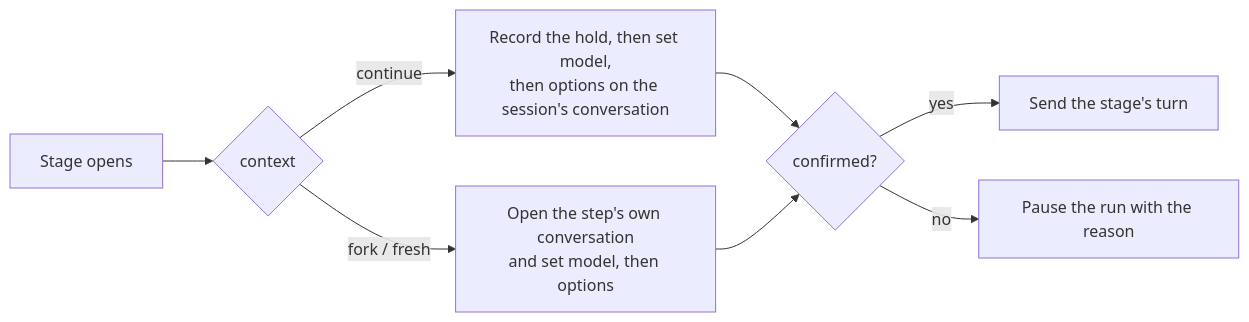
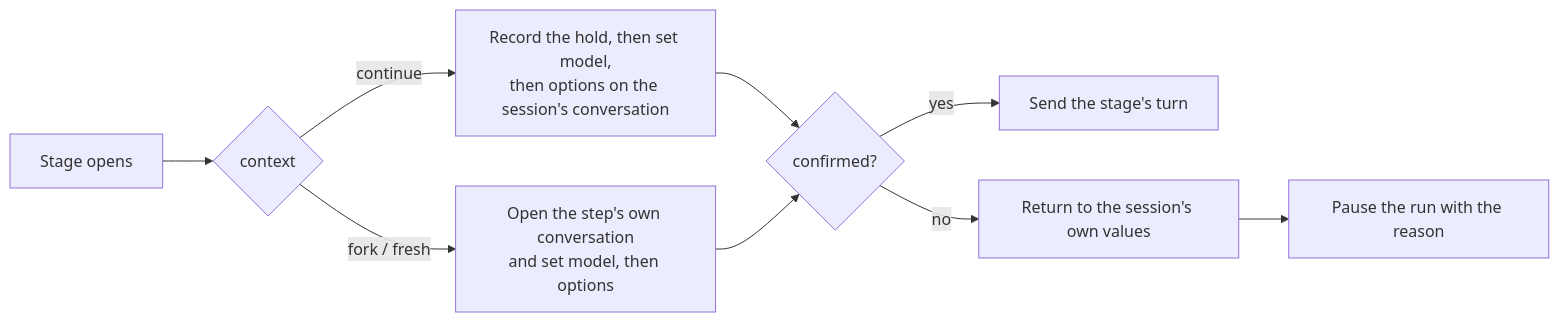
The diagram in docs/specs/workflow-agent-selection.md (Kapps/weavie), drawn with Mermaid before and after one commit. The commit also changed other lines of this file and 9 other files, not shown here.

````diff
--- a/docs/specs/workflow-agent-selection.md
+++ b/docs/specs/workflow-agent-selection.md
@@ -154,10 +161,10 @@
 ```mermaid
 flowchart LR
   Stage[Stage opens] --> Where{context}
   Where -- continue --> Live[Record the hold, then set model,<br/>then options on the session's conversation]
   Where -- fork / fresh --> Own[Open the step's own conversation<br/>and set model, then options]
   Live --> Ok{confirmed?}
   Own --> Ok
   Ok -- yes --> Turn[Send the stage's turn]
-  Ok -- no --> Pause[Pause the run with the reason]
+  Ok -- no --> Back[Return to the session's own values] --> Pause[Pause the run with the reason]
 ```
````
